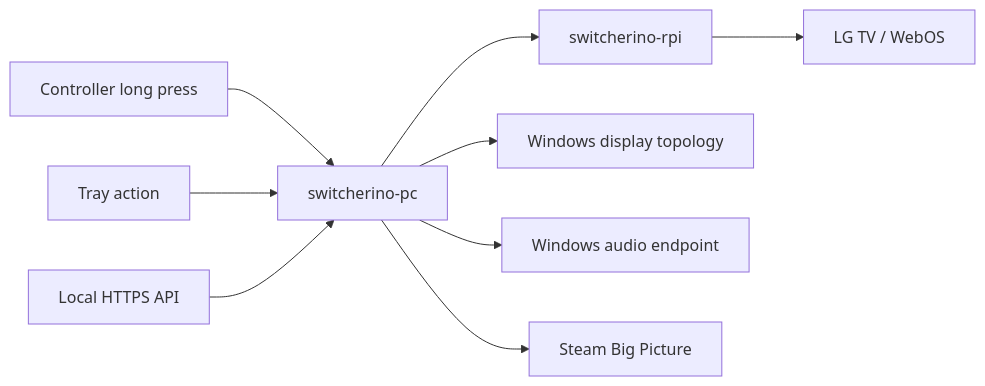
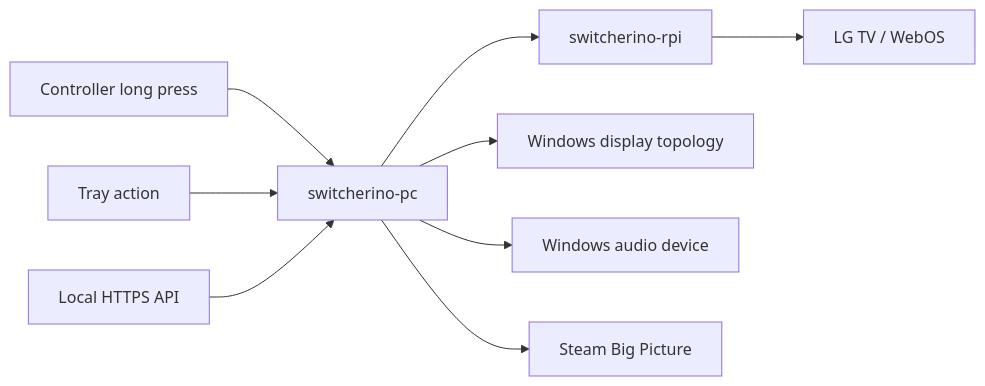
Before and after one commit to alecs297/switcherino-pc: the diagram in README.md, drawn with Mermaid. The commit also changed other lines of this file and 6 other files, not shown here.

Commit message:
Use audio device names instead of endpoint IDs

````diff
--- a/README.md
+++ b/README.md
@@ -52,11 +52,11 @@
 ```mermaid
 flowchart LR
   C["Controller long press"] --> PC["switcherino-pc"]
   T["Tray action"] --> PC
   API["Local HTTPS API"] --> PC
   PC --> RPI["switcherino-rpi"]
   PC --> DISP["Windows display topology"]
-  PC --> AUD["Windows audio endpoint"]
+  PC --> AUD["Windows audio device"]
   PC --> STEAM["Steam Big Picture"]
   RPI --> TV["LG TV / WebOS"]
 ```
````
